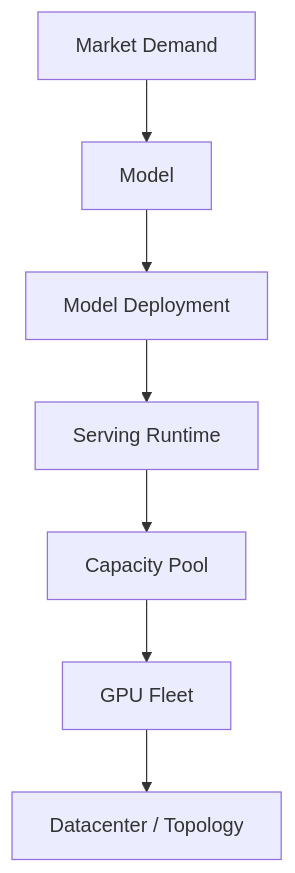
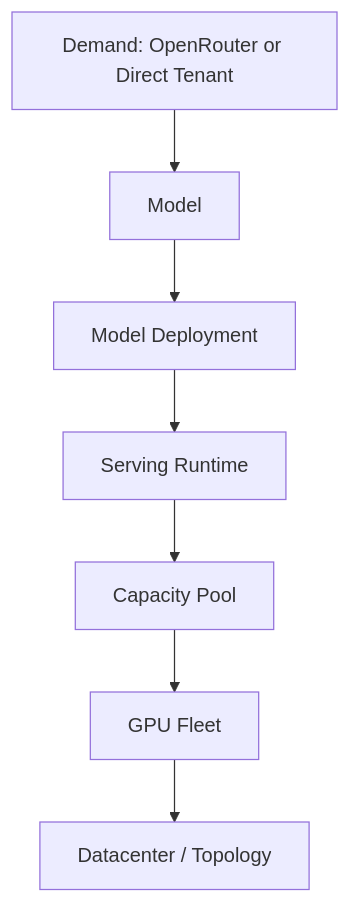
The second of 2 diagrams in 00-hub/Rack AI Knowledge Base.md (eak-mentraAI/rxt_rackai_wiki), drawn with Mermaid before and after one commit. The commit also changed other lines of this file and 47 other files, not shown here.

First line of the commit message:
Rescope knowledge base to RackAI platform with OpenRouter as one initiative

````diff
--- a/00-hub/Rack AI Knowledge Base.md
+++ b/00-hub/Rack AI Knowledge Base.md
@@ -22,9 +46,9 @@
 ```mermaid
 flowchart TD
-    A[Market Demand] --> B[Model]
+    A[Demand: OpenRouter or Direct Tenant] --> B[Model]
     B --> C[Model Deployment]
     C --> D[Serving Runtime]
     D --> E[Capacity Pool]
     E --> F[GPU Fleet]
     F --> G[Datacenter / Topology]
 ```
````
